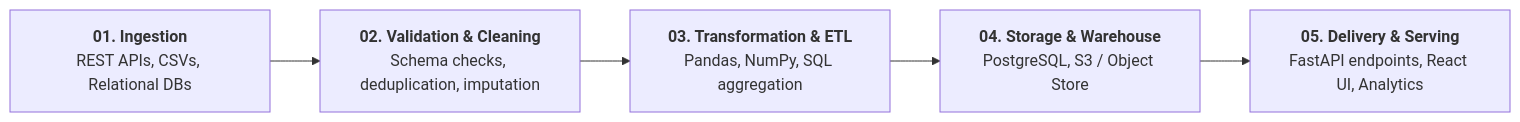
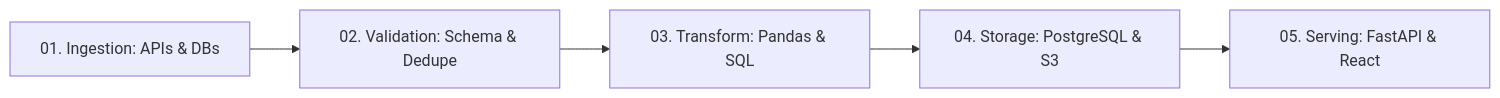
Before and after one commit to AjayBora002/AjayBora002: the diagram in README.md, drawn with Mermaid. The commit also changed other lines of this file, not shown here.

Commit message:
fix: sanitize mermaid syntax for github markdown and update analytics endpoints

````diff
--- a/README.md
+++ b/README.md
@@ -37,7 +37,7 @@
 ```mermaid
 flowchart LR
-    A["<b>01. Ingestion</b><br/>REST APIs, CSVs, Relational DBs"] --> B["<b>02. Validation & Cleaning</b><br/>Schema checks, deduplication, imputation"]
-    B --> C["<b>03. Transformation & ETL</b><br/>Pandas, NumPy, SQL aggregation"]
-    C --> D["<b>04. Storage & Warehouse</b><br/>PostgreSQL, S3 / Object Store"]
-    D --> E["<b>05. Delivery & Serving</b><br/>FastAPI endpoints, React UI, Analytics"]
+    A["01. Ingestion: APIs & DBs"] --> B["02. Validation: Schema & Dedupe"]
+    B --> C["03. Transform: Pandas & SQL"]
+    C --> D["04. Storage: PostgreSQL & S3"]
+    D --> E["05. Serving: FastAPI & React"]
 ```
````
